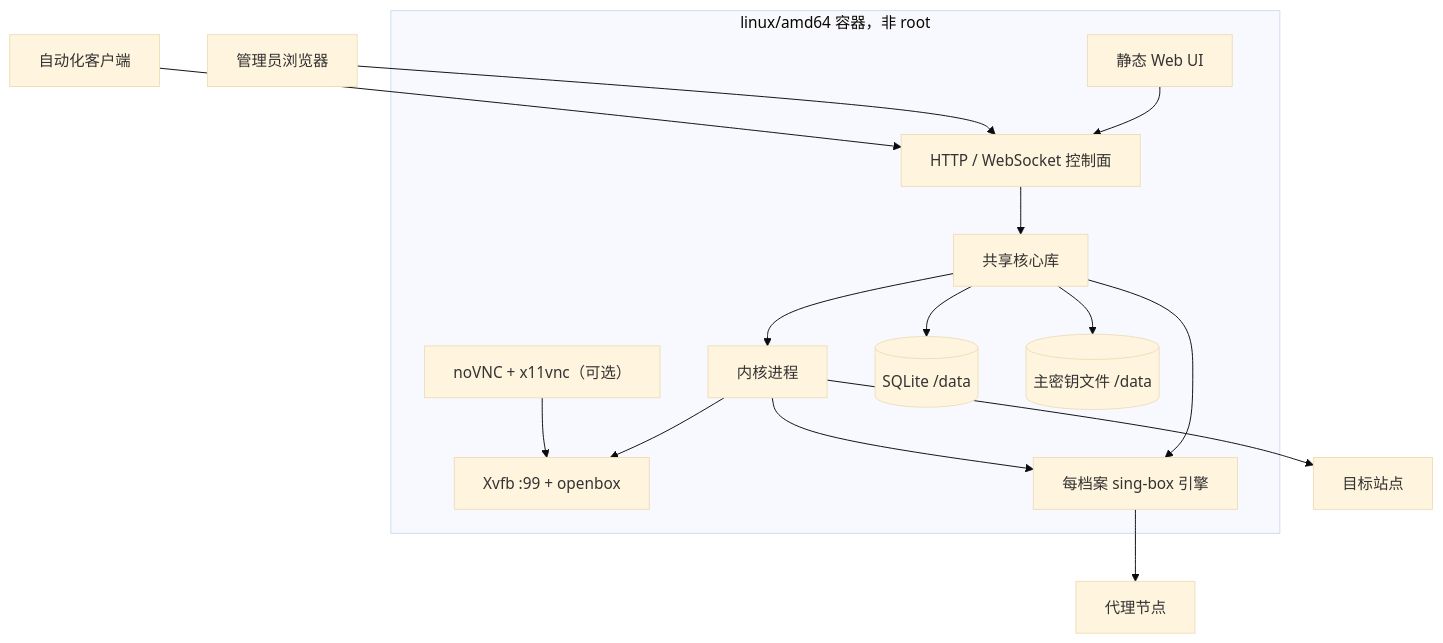
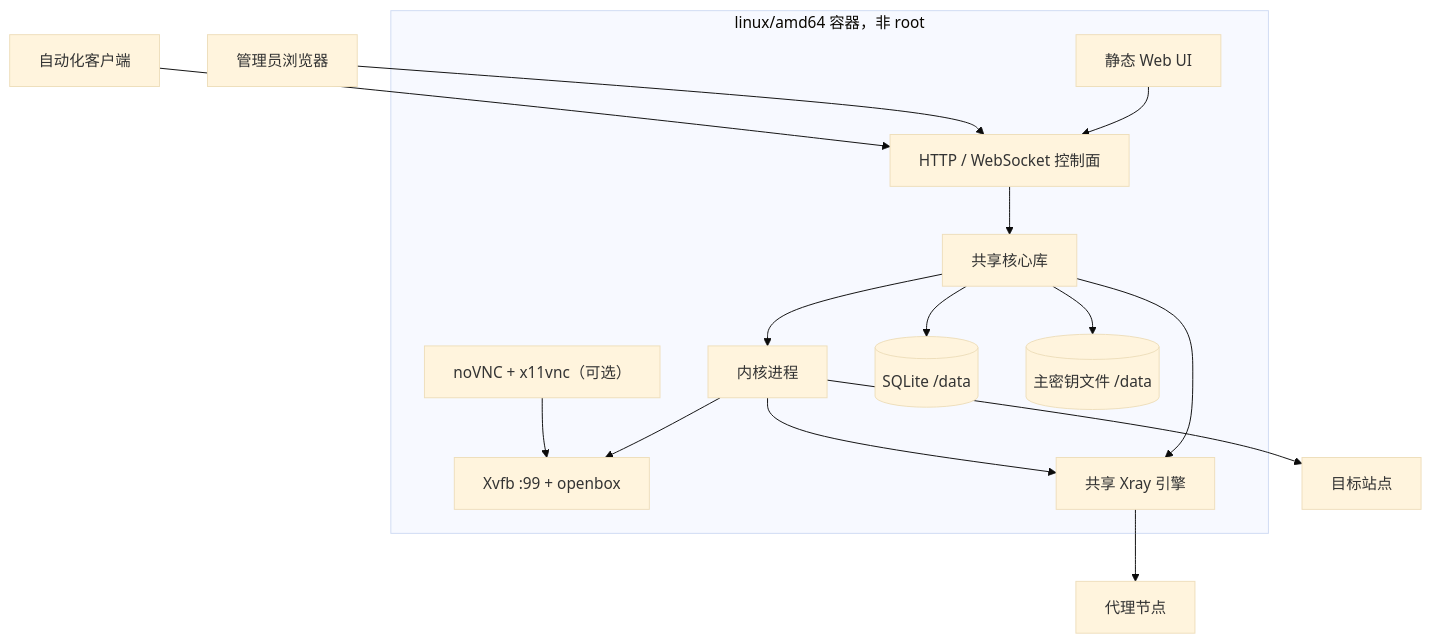
Before and after one commit to IvanLi-CN/mien: the third of 8 diagrams in docs/ARCHITECTURE.md, drawn with Mermaid (base theme). The commit also changed other lines of this file and 23 other files, not shown here.

First line of the commit message:
docs: adopt shared Xray proxy engine

````diff
--- a/docs/ARCHITECTURE.md
+++ b/docs/ARCHITECTURE.md
@@ -69,27 +69,27 @@
 ```mermaid
 flowchart TB
   subgraph Container["linux/amd64 容器，非 root"]
     Web["静态 Web UI"]
     API["HTTP / WebSocket 控制面"]
     Core["共享核心库"]
     Xvfb["Xvfb :99 + openbox"]
     Kernel["内核进程"]
-    Proxy["每档案 sing-box 引擎"]
+    Proxy["共享 Xray 引擎"]
     Viewer["noVNC + x11vnc（可选）"]
     DB[("SQLite /data")]
     KeyFile[("主密钥文件 /data")]
     API --> Core
     Web --> API
     Core --> Kernel
     Core --> Proxy
     Core --> DB
     Core --> KeyFile
     Kernel --> Xvfb
     Kernel --> Proxy
     Viewer --> Xvfb
   end
   Admin["管理员浏览器"] --> API
   Automation["自动化客户端"] --> API
   Kernel --> Sites["目标站点"]
   Proxy --> Upstream["代理节点"]
 ```
````
